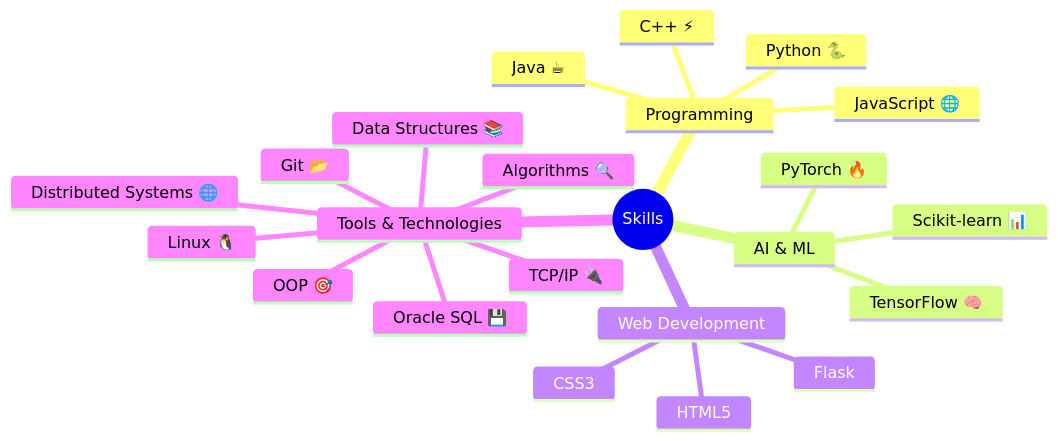
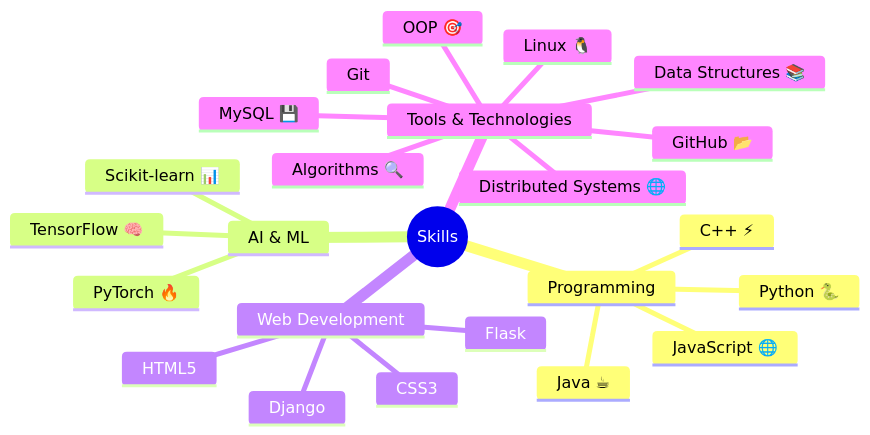
One commit to iamAntimPal/Web-Designing changed the diagram in README.md. Above: the diagram before and after it, drawn with Mermaid.

````diff
--- a/README.md
+++ b/README.md
@@ -3,26 +3,27 @@
 ```mermaid
 mindmap
   root((Skills))
     Programming
       Python 🐍
       C++ ⚡
       Java ☕
       JavaScript 🌐
     AI & ML
       TensorFlow 🧠
       PyTorch 🔥
       Scikit-learn 📊
     Web Development
       HTML5
       CSS3
       Flask
+      Django
     Tools & Technologies
-      Git 📂
+      GitHub 📂
+      Git
       Linux 🐧
-      Oracle SQL 💾
+      MySQL 💾
       Data Structures 📚
       Algorithms 🔍
       OOP 🎯
       Distributed Systems 🌐
-      TCP/IP 🔌
 ```
````
